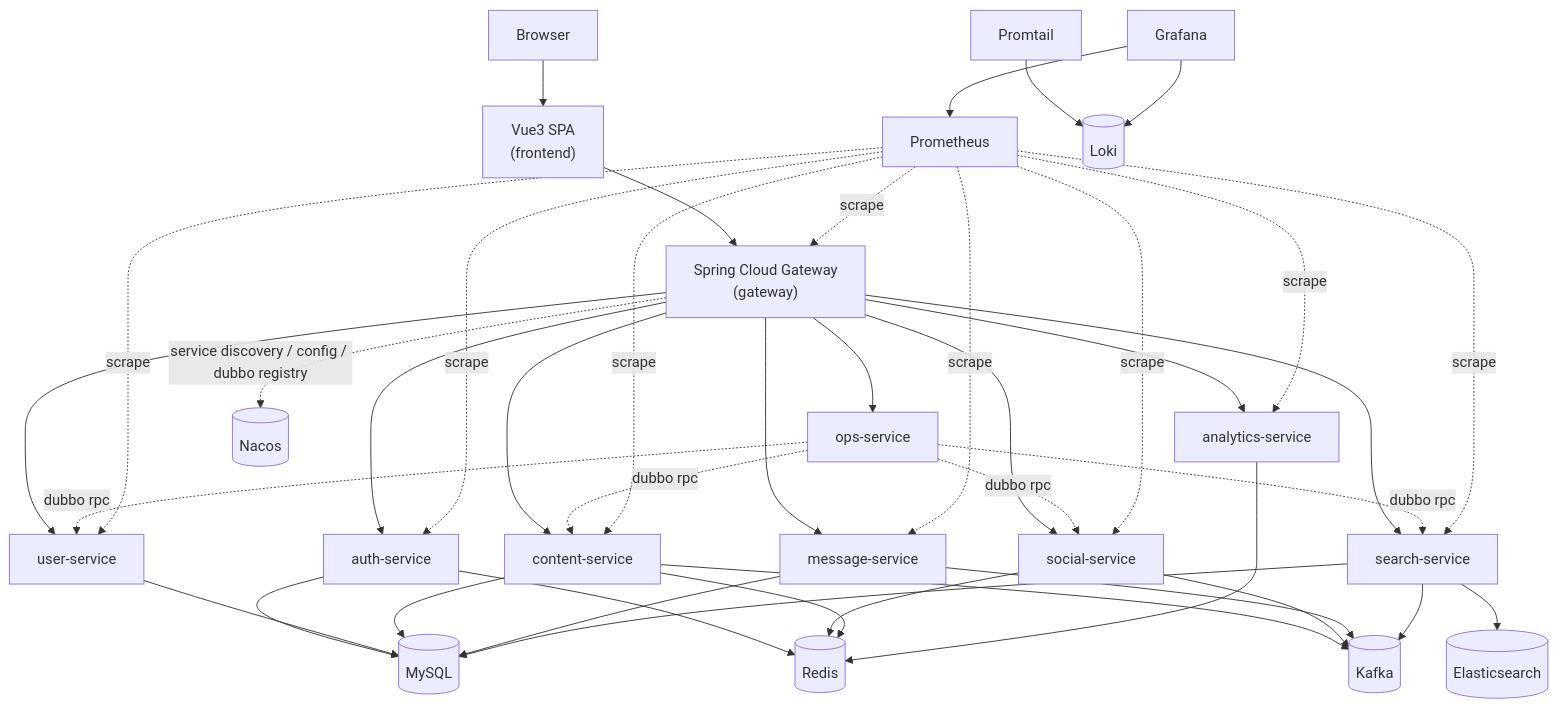
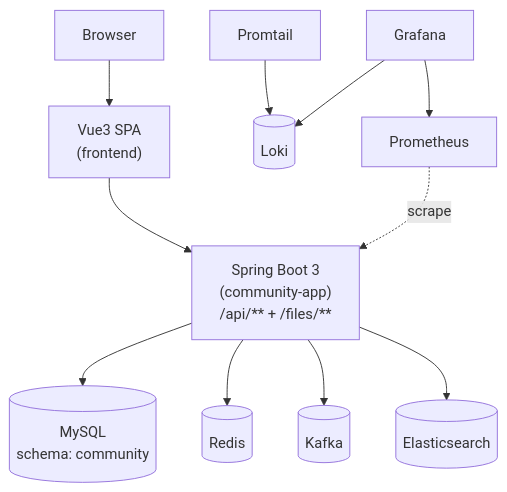
One commit to skt-shinyruo/community changed the diagram in backend/docs/ARCHITECTURE.md. Above: the diagram before and after it, drawn with Mermaid. The commit also changed other lines of this file and 2 other files, not shown here.

````diff
--- a/backend/docs/ARCHITECTURE.md
+++ b/backend/docs/ARCHITECTURE.md
@@ -10,51 +34,15 @@
 ```mermaid
 flowchart TD
     Browser[Browser] --> FE["Vue3 SPA<br/>(frontend)"]
-    FE --> GW["Spring Cloud Gateway<br/>(gateway)"]
+    FE --> APP["Spring Boot 3<br/>(community-app)<br/>/api/** + /files/**"]
 
-    GW --> Auth[auth-service]
-    GW --> User[user-service]
-    GW --> Content[content-service]
-    GW --> Social[social-service]
-    GW --> Msg[message-service]
-    GW --> Search[search-service]
-    GW --> Ana[analytics-service]
-    GW --> Ops[ops-service]
+    APP --> MySQL[(MySQL<br/>schema: community)]
+    APP --> Redis[(Redis)]
+    APP --> Kafka[(Kafka)]
+    APP --> ES[(Elasticsearch)]
 
-    GW -. service discovery / config / dubbo registry .-> Nacos[(Nacos)]
-    Ops -. dubbo rpc .-> User
-    Ops -. dubbo rpc .-> Content
-    Ops -. dubbo rpc .-> Social
-    Ops -. dubbo rpc .-> Search
-
-    Auth --> MySQL[(MySQL)]
-    User --> MySQL
-    Content --> MySQL
-    Msg --> MySQL
-    Search --> MySQL
-
-    Auth --> Redis[(Redis)]
-    Social --> Redis
-    Content --> Redis
-    Ana --> Redis
-
-    Content --> Kafka[(Kafka)]
-    Social --> Kafka
-    Msg --> Kafka
-    Search --> Kafka
-
-    Search --> ES[(Elasticsearch)]
-
-    Prom[Prometheus] -. scrape .-> GW
-    Prom -. scrape .-> Auth
-    Prom -. scrape .-> User
-    Prom -. scrape .-> Content
-    Prom -. scrape .-> Social
-    Prom -. scrape .-> Msg
-    Prom -. scrape .-> Search
-    Prom -. scrape .-> Ana
-
+    Prom[Prometheus] -. scrape .-> APP
     Logs[Promtail] --> Loki[(Loki)]
     Grafana[Grafana] --> Loki
     Grafana --> Prom
 ```
````
